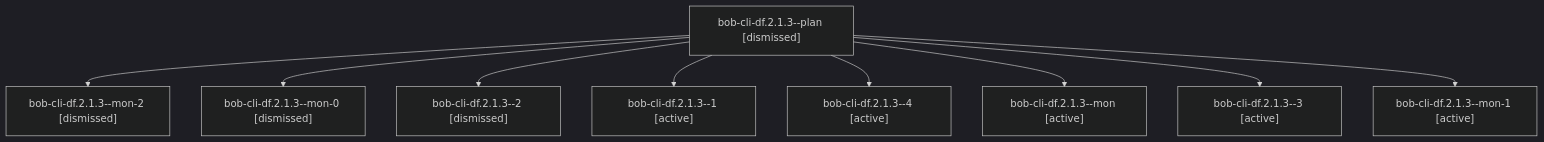
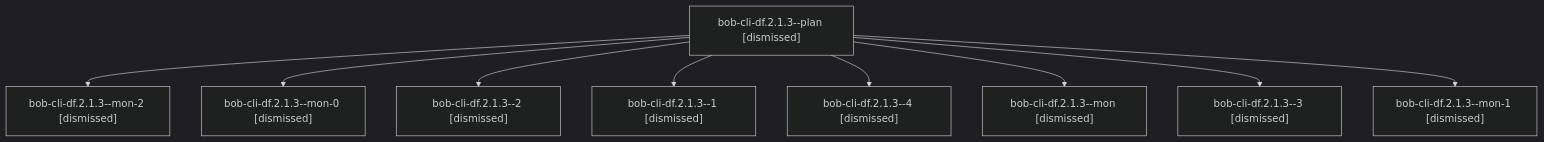
The diagram in sessions/bbugyi200.athena.bob-cli-df.2.1.3.md (bobs-org/bob-cli--agents), drawn with Mermaid (dark theme) before and after one commit. The commit also changed other lines of this file and 155 other files, not shown here.

````diff
--- a/sessions/bbugyi200.athena.bob-cli-df.2.1.3.md
+++ b/sessions/bbugyi200.athena.bob-cli-df.2.1.3.md
@@ -9,20 +9,20 @@
 ```mermaid
 flowchart TD
   n0["bob-cli-df.2.1.3--plan [dismissed]"]
   n1["bob-cli-df.2.1.3--mon-2 [dismissed]"]
   n0 --> n1
   n2["bob-cli-df.2.1.3--mon-0 [dismissed]"]
   n0 --> n2
   n3["bob-cli-df.2.1.3--2 [dismissed]"]
   n0 --> n3
-  n4["bob-cli-df.2.1.3--1 [active]"]
+  n4["bob-cli-df.2.1.3--1 [dismissed]"]
   n0 --> n4
-  n5["bob-cli-df.2.1.3--4 [active]"]
+  n5["bob-cli-df.2.1.3--4 [dismissed]"]
   n0 --> n5
-  n6["bob-cli-df.2.1.3--mon [active]"]
+  n6["bob-cli-df.2.1.3--mon [dismissed]"]
   n0 --> n6
-  n7["bob-cli-df.2.1.3--3 [active]"]
+  n7["bob-cli-df.2.1.3--3 [dismissed]"]
   n0 --> n7
-  n8["bob-cli-df.2.1.3--mon-1 [active]"]
+  n8["bob-cli-df.2.1.3--mon-1 [dismissed]"]
   n0 --> n8
 ```
````
